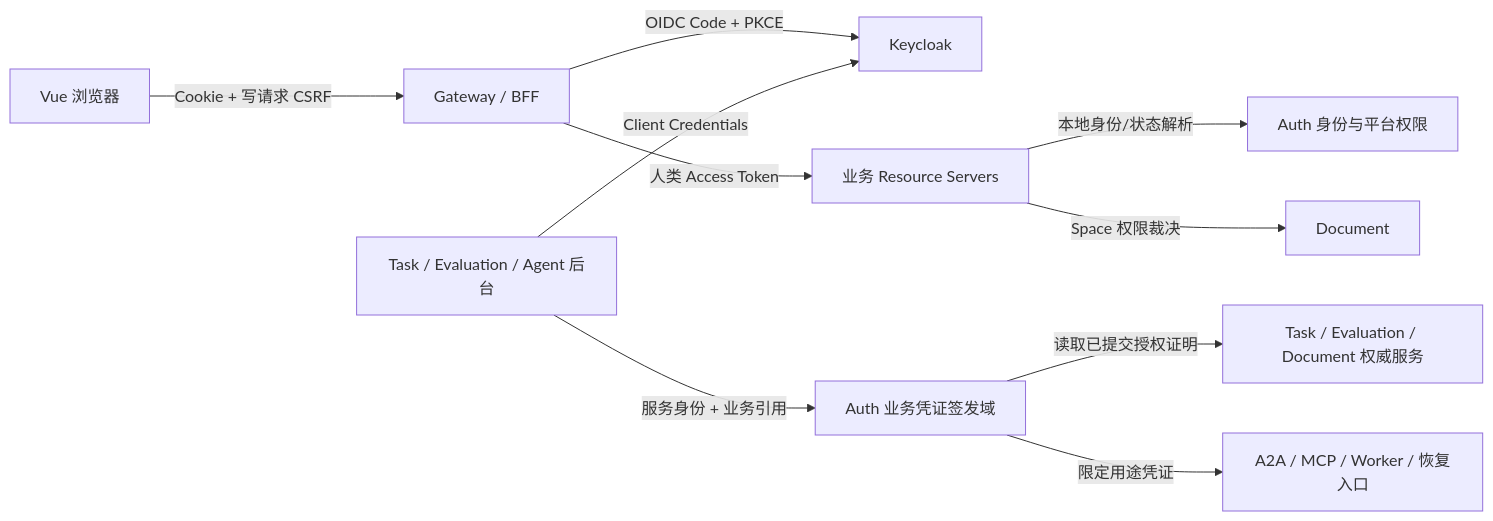
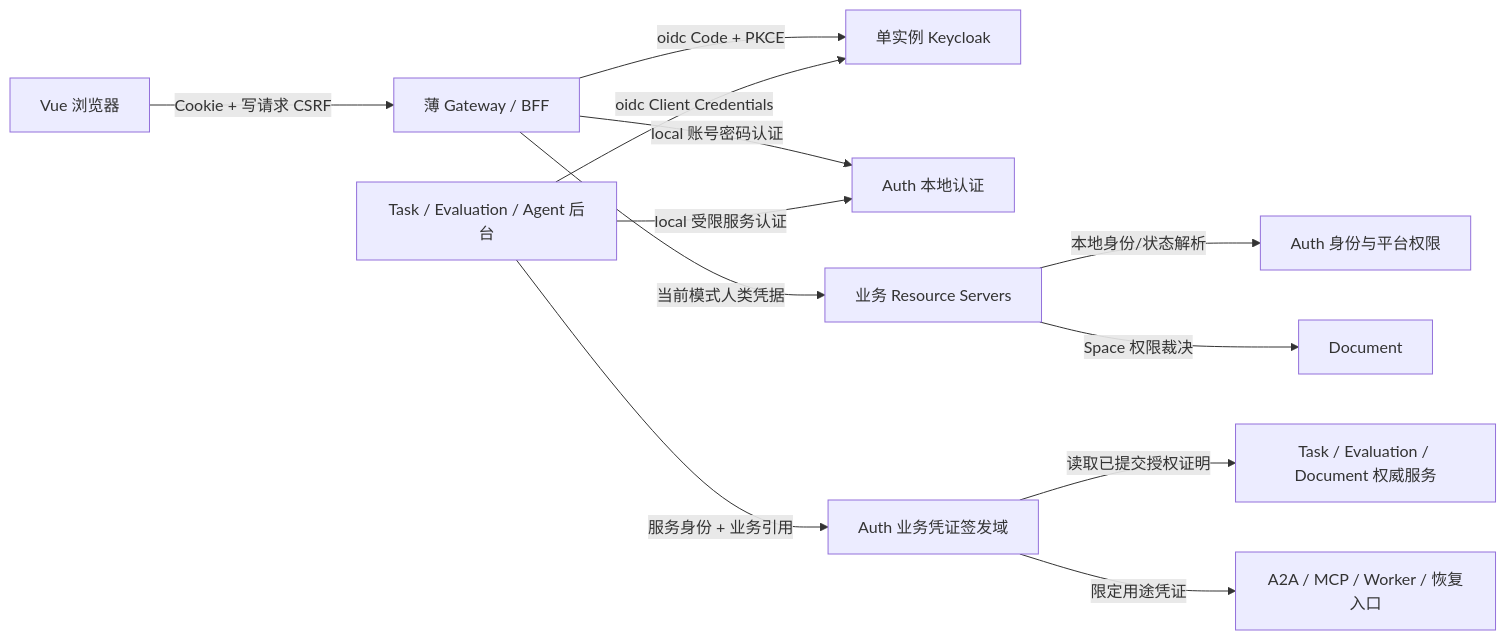
The first of 2 diagrams in docs/designs/v0.3.0-identity-security-design.md (xiaowu0203/Agent-Doc-Workbench), drawn with Mermaid before and after one commit. The commit also changed other lines of this file and 90 other files, not shown here.

````diff
--- a/docs/designs/v0.3.0-identity-security-design.md
+++ b/docs/designs/v0.3.0-identity-security-design.md
@@ -35,12 +53,14 @@
 ```mermaid
 flowchart LR
-    U[Vue 浏览器] -->|Cookie + 写请求 CSRF| G[Gateway / BFF]
-    G -->|OIDC Code + PKCE| K[Keycloak]
-    G -->|人类 Access Token| S[业务 Resource Servers]
+    U[Vue 浏览器] -->|Cookie + 写请求 CSRF| G[薄 Gateway / BFF]
+    G -->|oidc Code + PKCE| K[单实例 Keycloak]
+    G -->|local 账号密码认证| L[Auth 本地认证]
+    G -->|当前模式人类凭据| S[业务 Resource Servers]
     S -->|本地身份/状态解析| A[Auth 身份与平台权限]
     S -->|Space 权限裁决| D[Document]
-    W[Task / Evaluation / Agent 后台] -->|Client Credentials| K
+    W[Task / Evaluation / Agent 后台] -->|oidc Client Credentials| K
+    W -->|local 受限服务认证| L
     W -->|服务身份 + 业务引用| C[Auth 业务凭证签发域]
     C -->|读取已提交授权证明| P[Task / Evaluation / Document 权威服务]
     C -->|限定用途凭证| R[A2A / MCP / Worker / 恢复入口]
 ```
````
